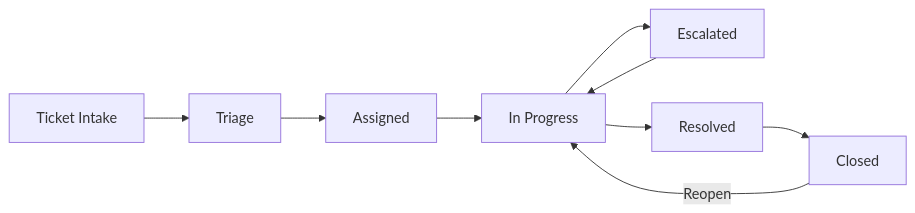
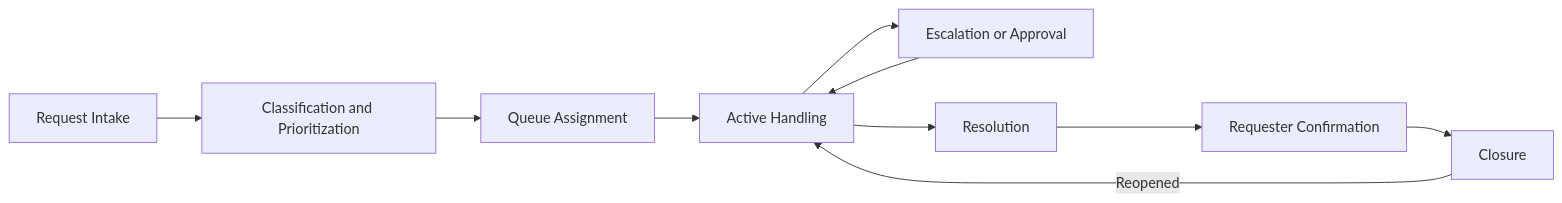
Before and after one commit to MichaelTimbes/solution-cookbook: the diagram in playbooks/support-ticket-system/diagrams/lifecycle-flow.mmd, drawn with Mermaid. The commit also changed 60 other files, not shown here.

```diff
--- a/playbooks/support-ticket-system/diagrams/lifecycle-flow.mmd
+++ b/playbooks/support-ticket-system/diagrams/lifecycle-flow.mmd
@@ -1,12 +1,15 @@
+%% Support Ticket lifecycle flow
+%% Shows progression from intake through closure with escalation and reopen behavior.
 flowchart LR
-    Intake[Ticket Intake]
-    Triage[Triage]
-    Assigned[Assigned]
-    InProgress[In Progress]
-    Escalated[Escalated]
-    Resolved[Resolved]
-    Closed[Closed]
+    Intake[Request Intake]
+    Classify[Classification and Prioritization]
+    Queue[Queue Assignment]
+    Active[Active Handling]
+    Escalate[Escalation or Approval]
+    Resolve[Resolution]
+    Confirm[Requester Confirmation]
+    Close[Closure]
 
-    Intake --> Triage --> Assigned --> InProgress --> Resolved --> Closed
-    InProgress --> Escalated --> InProgress
-    Closed -->|Reopen| InProgress
+    Intake --> Classify --> Queue --> Active --> Resolve --> Confirm --> Close
+    Active --> Escalate --> Active
+    Close -->|Reopened| Active
```
